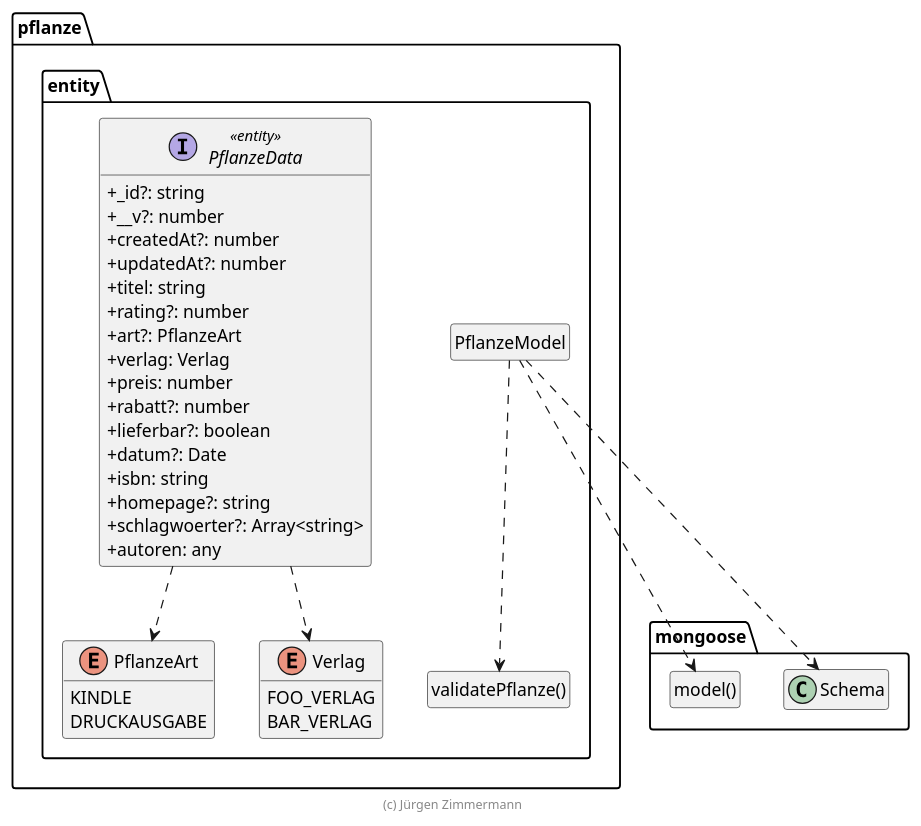
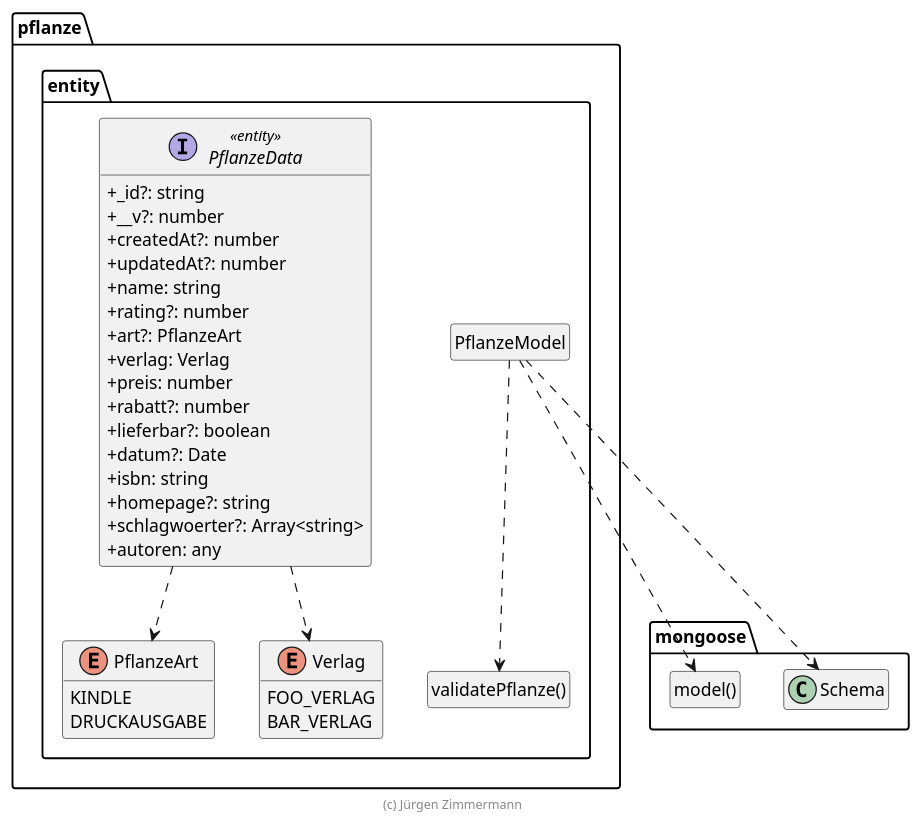
Before and after one commit to Lasse0708/plantproject: the diagram in doc/entwicklerhandbuch/Buch.puml, drawn with PlantUML. The commit also changed 13 other files, not shown here.

```diff
--- a/doc/entwicklerhandbuch/Buch.puml
+++ b/doc/entwicklerhandbuch/Buch.puml
@@ -15,62 +15,62 @@
 @startuml Anwendungskern
 
 !pragma useNewPackage
 skinparam classAttributeIconSize 0
 skinparam componentStyle uml2
 
 package mongoose {
   class Schema
 
   class "model()" as model
   hide model circle
 }
 
 package pflanze.entity {
   class "validatePflanze()" as validatePflanze
   hide validatePflanze circle
 
   class PflanzeModel
   hide PflanzeModel circle
 
   PflanzeModel ..> Schema
   PflanzeModel ..> model
   PflanzeModel ..> validatePflanze
 
   PflanzeData ..> PflanzeArt
   PflanzeData ..> Verlag
 
   enum PflanzeArt {
     KINDLE
     DRUCKAUSGABE
   }
 
   enum Verlag {
     FOO_VERLAG
     BAR_VERLAG
   }
 
   interface PflanzeData <<entity>> {
     + _id?: string
     + __v?: number
     + createdAt?: number
     + updatedAt?: number
-    + titel: string
+    + name: string
     + rating?: number
     + art?: PflanzeArt
     + verlag: Verlag
     + preis: number
     + rabatt?: number
     + lieferbar?: boolean
     + datum?: Date
     + isbn: string
     + homepage?: string
     + schlagwoerter?: Array<string>
     + autoren: any
   }
 }
 
 hide empty members
 
 footer (c) Jürgen Zimmermann
 
 @enduml
```
